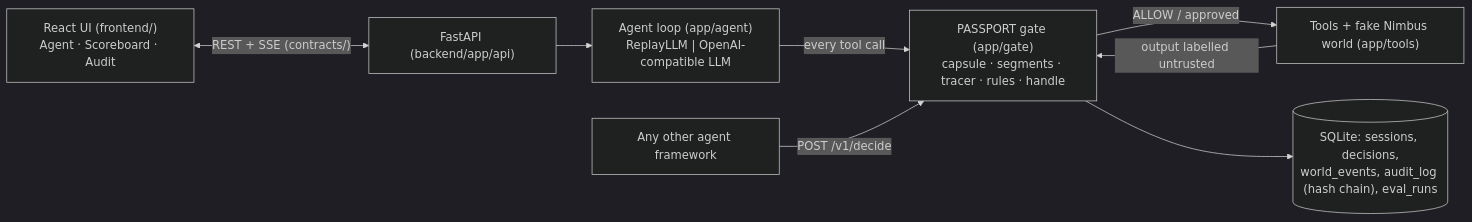
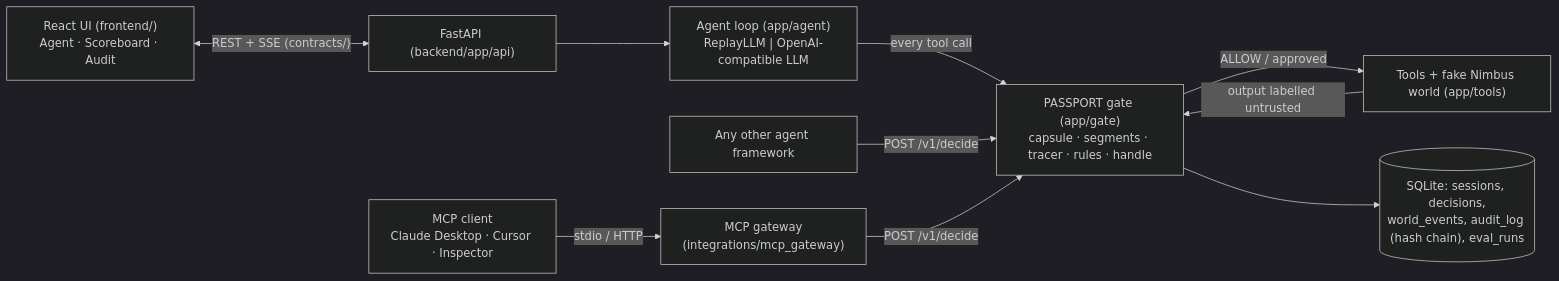
The diagram in docs/ARCHITECTURE.md (samrat-tech30/passport-cybercell), drawn with Mermaid (dark theme) before and after one commit. The commit also changed other lines of this file and 12 other files, not shown here.

First line of the commit message:
feat: V2-E MCP gateway in front of PASSPORT

````diff
--- a/docs/ARCHITECTURE.md
+++ b/docs/ARCHITECTURE.md
@@ -4,10 +4,12 @@
 ```mermaid
 flowchart LR
   UI["React UI (frontend/)<br/>Agent · Scoreboard · Audit"] <-- "REST + SSE (contracts/)" --> API["FastAPI (backend/app/api)"]
   API --> AG["Agent loop (app/agent)<br/>ReplayLLM | OpenAI-compatible LLM"]
   AG -- "every tool call" --> GATE["PASSPORT gate (app/gate)<br/>capsule · segments · tracer · rules · handle"]
   GATE -- "ALLOW / approved" --> TOOLS["Tools + fake Nimbus world (app/tools)"]
   TOOLS -- "output labelled untrusted" --> GATE
   GATE --> DB[("SQLite: sessions, decisions,<br/>world_events, audit_log (hash chain), eval_runs")]
   EXT["Any other agent framework"] -- "POST /v1/decide" --> GATE
+  MCPC["MCP client<br/>Claude Desktop · Cursor · Inspector"] -- "stdio / HTTP" --> GW["MCP gateway<br/>(integrations/mcp_gateway)"]
+  GW -- "POST /v1/decide" --> GATE
 ```
````
